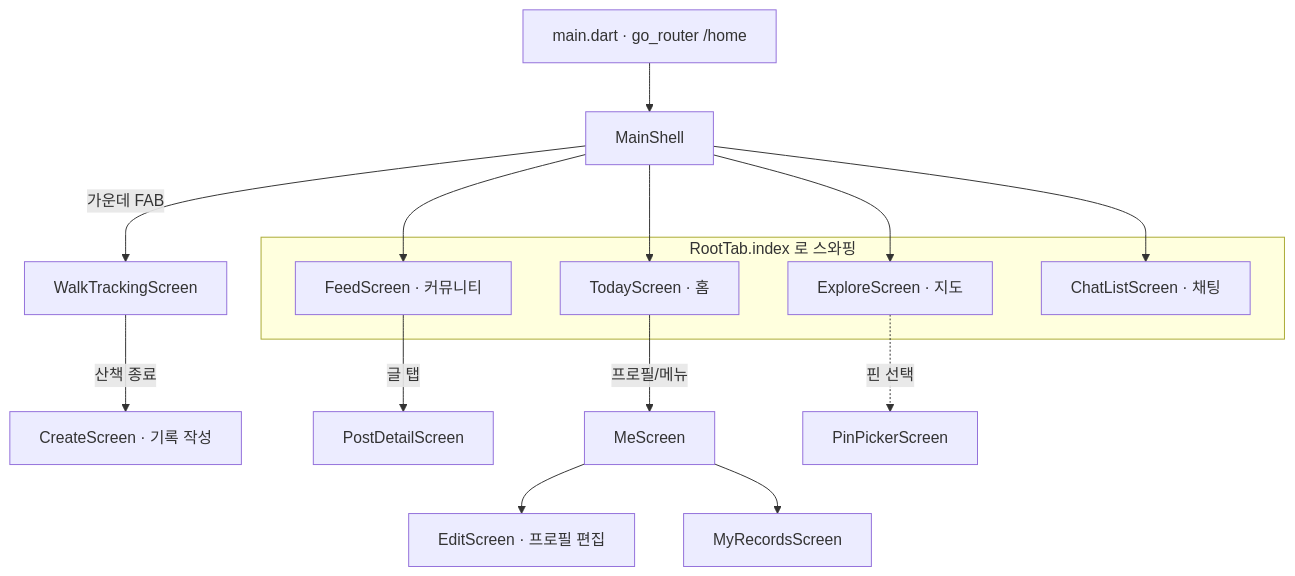
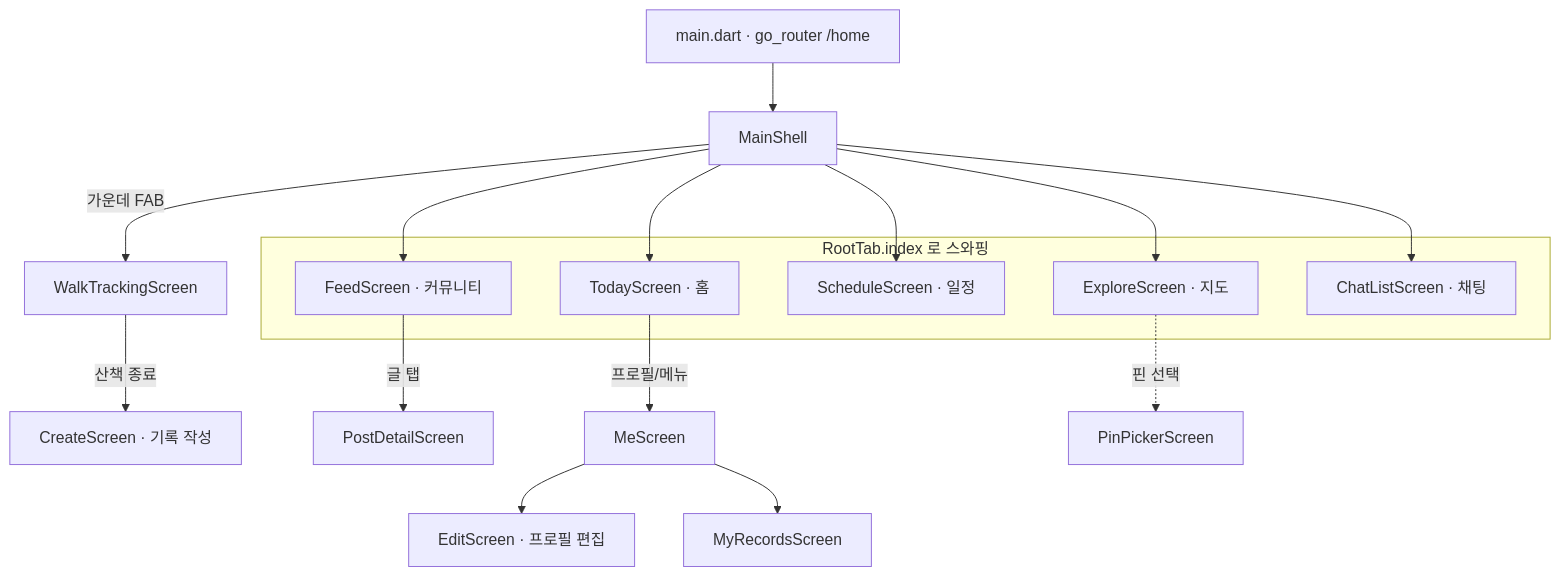
The first of 2 diagrams in docs/02-architecture/frontend-structure.md (sanghyunbang/pawloop), drawn with Mermaid before and after one commit. The commit also changed other lines of this file and 15 other files, not shown here.

````diff
--- a/docs/02-architecture/frontend-structure.md
+++ b/docs/02-architecture/frontend-structure.md
@@ -151,20 +154,21 @@
 ```mermaid
 flowchart TD
   Main[main.dart · go_router /home] --> Shell[MainShell]
 
   subgraph Tabs[RootTab.index 로 스와핑]
     T0[TodayScreen · 홈]
     T1[ExploreScreen · 지도]
-    T2[FeedScreen · 커뮤니티]
-    T3[ChatListScreen · 채팅]
+    T2[ScheduleScreen · 일정]
+    T3[FeedScreen · 커뮤니티]
+    T4[ChatListScreen · 채팅]
   end
-  Shell --> T0 & T1 & T2 & T3
+  Shell --> T0 & T1 & T2 & T3 & T4
 
   Shell -->|가운데 FAB| WT[WalkTrackingScreen]
   WT -->|산책 종료| CR[CreateScreen · 기록 작성]
-  T2 -->|글 탭| PD[PostDetailScreen]
+  T3 -->|글 탭| PD[PostDetailScreen]
   T0 -->|프로필/메뉴| ME[MeScreen]
   ME --> ED[EditScreen · 프로필 편집]
   ME --> MR[MyRecordsScreen]
   T1 -.->|핀 선택| PP[PinPickerScreen]
 ```
````
